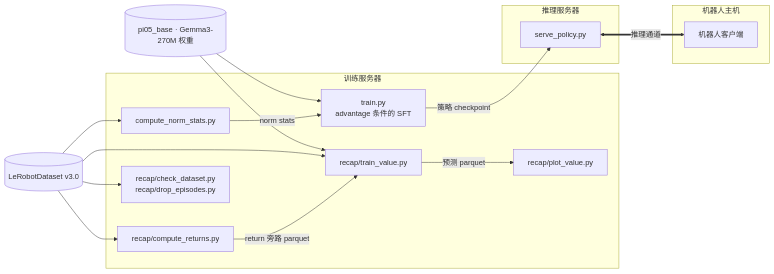
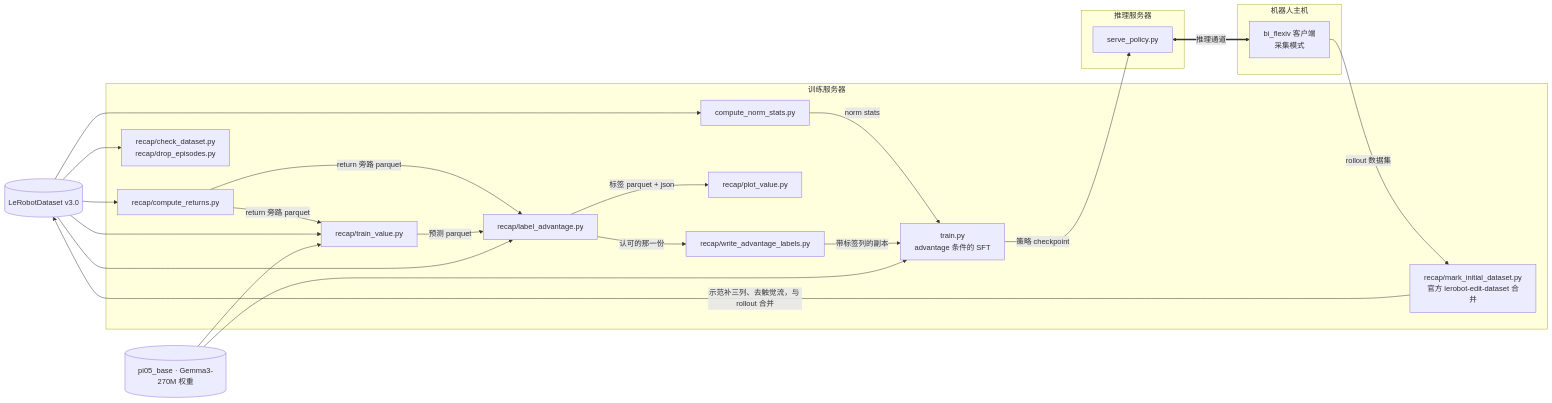
One commit to AtticusZeller/vla-post-train changed the first of 6 diagrams in docs/xense-openpi/codebase.md. Above: the diagram before and after it, drawn with Mermaid. The commit also changed other lines of this file and 4 other files, not shown here.

````diff
--- a/docs/xense-openpi/codebase.md
+++ b/docs/xense-openpi/codebase.md
@@ -9,30 +9,40 @@
 ```mermaid
 flowchart LR
     DS[("LeRobotDataset v3.0")]
     PRE[("pi05_base · Gemma3-270M 权重")]
     subgraph TRAIN["训练服务器"]
         NS["compute_norm_stats.py"]
         TR["train.py<br/>advantage 条件的 SFT"]
+        MK["recap/mark_initial_dataset.py<br/>官方 lerobot-edit-dataset 合并"]
         CR["recap/compute_returns.py"]
         TV["recap/train_value.py"]
+        LA["recap/label_advantage.py"]
         PV["recap/plot_value.py"]
+        WL["recap/write_advantage_labels.py"]
         CD["recap/check_dataset.py<br/>recap/drop_episodes.py"]
         NS -- "norm stats" --> TR
         CR -- "return 旁路 parquet" --> TV
-        TV -- "预测 parquet" --> PV
+        CR -- "return 旁路 parquet" --> LA
+        TV -- "预测 parquet" --> LA
+        LA -- "标签 parquet + json" --> PV
+        LA -- "认可的那一份" --> WL
+        WL -- "带标签列的副本" --> TR
     end
     subgraph INFER["推理服务器"]
         SV["serve_policy.py"]
     end
     subgraph ROBOT["机器人主机"]
-        MAIN["机器人客户端"]
+        MAIN["bi_flexiv 客户端<br/>采集模式"]
     end
+    MK -- "示范补三列、去触觉流，与 rollout 合并" --> DS
     DS --> NS
     DS --> CR
     DS --> CD
     DS --> TV
+    DS --> LA
     PRE --> TR
     PRE --> TV
     TR -- "策略 checkpoint" --> SV
     SV <== "推理通道" ==> MAIN
+    MAIN -- "rollout 数据集" --> MK
 ```
````
